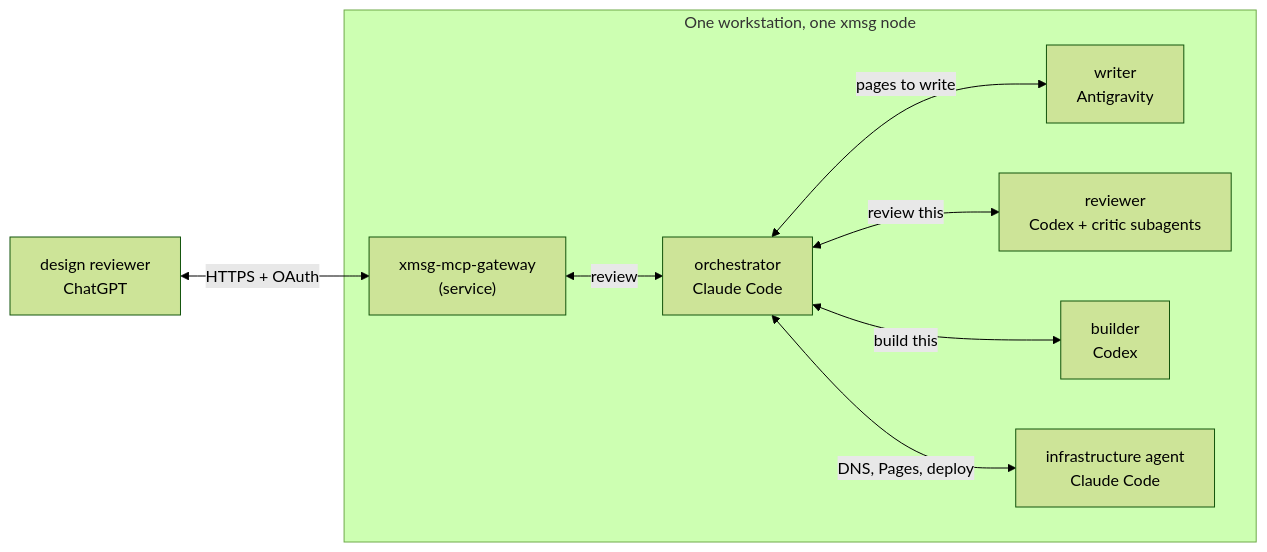
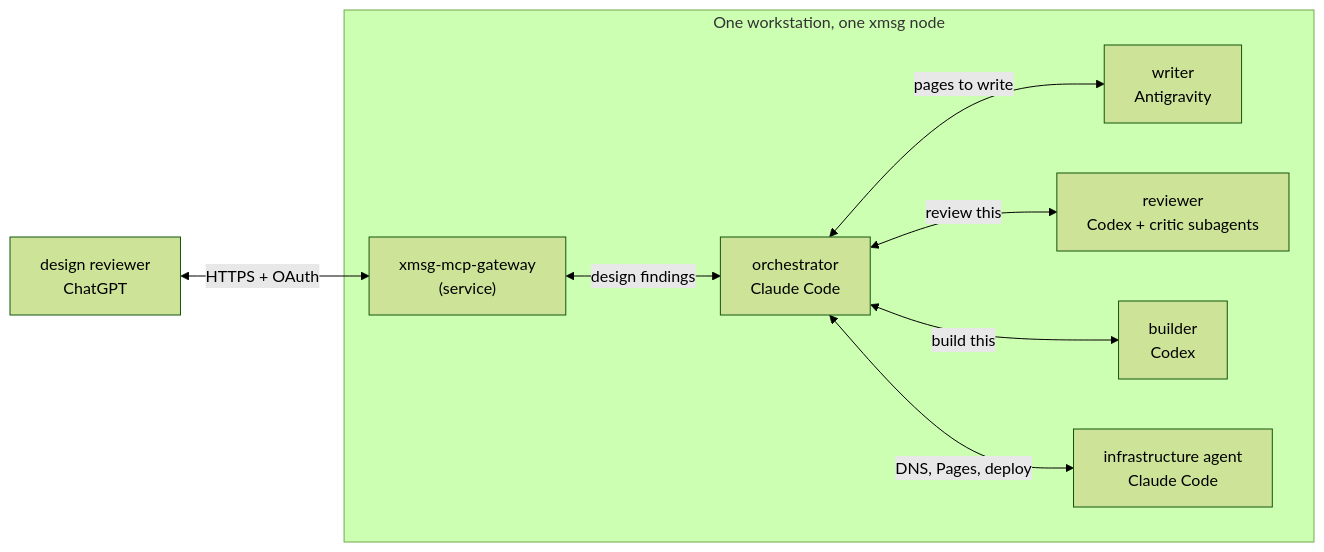
Before and after one commit to sini/xmsg: the diagram in docs/src/content/docs/how-this-site-was-built.mdx, drawn with Mermaid (forest theme). The commit also changed other lines of this file, not shown here.

Commit message:
describe what the hosted design reviewer actually reviewed

````diff
--- a/docs/src/content/docs/how-this-site-was-built.mdx
+++ b/docs/src/content/docs/how-this-site-was-built.mdx
@@ -28,18 +29,18 @@
 ```mermaid
 flowchart LR
   subgraph ws["One workstation, one xmsg node"]
     O["orchestrator<br/>Claude Code"]
     W["writer<br/>Antigravity"]
     R["reviewer<br/>Codex + critic subagents"]
     B["builder<br/>Codex"]
     N["infrastructure agent<br/>Claude Code"]
     G["xmsg-mcp-gateway<br/>(service)"]
   end
   D["design reviewer<br/>ChatGPT"]
   O <-->|"pages to write"| W
   O <-->|"review this"| R
   O <-->|"build this"| B
   O <-->|"DNS, Pages, deploy"| N
   D <-->|"HTTPS + OAuth"| G
-  G <-->|"review"| O
+  G <-->|"design findings"| O
 ```
````
